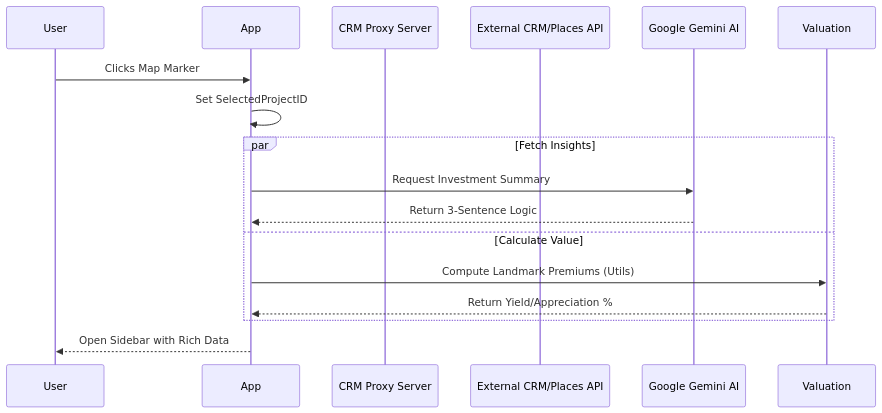
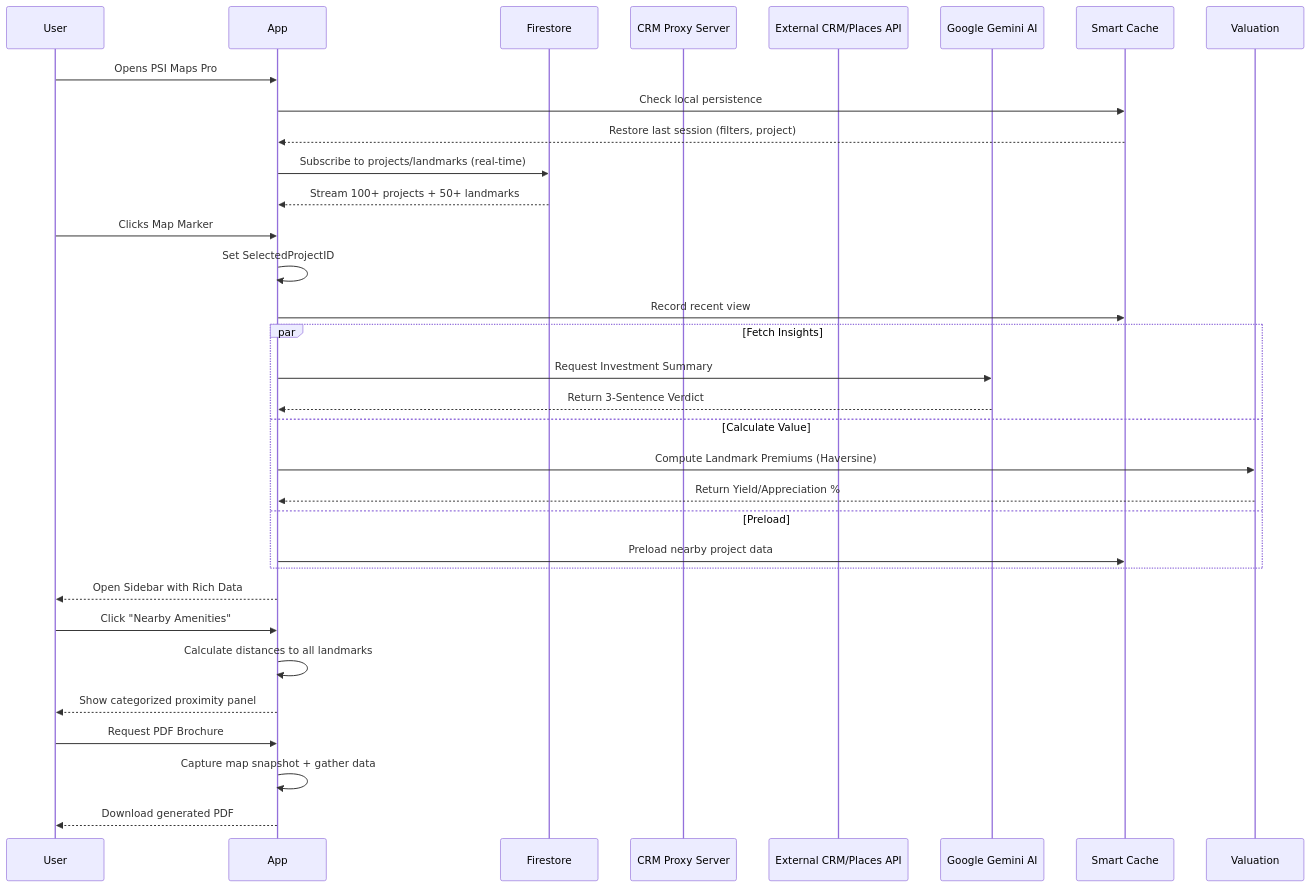
Before and after one commit to PSI-AD/psi-maps: the second of 3 diagrams in PROJECT_MASTER.md, drawn with Mermaid. The commit also changed other lines of this file and 3 other files, not shown here.

````diff
--- a/PROJECT_MASTER.md
+++ b/PROJECT_MASTER.md
@@ -67,19 +102,38 @@
 ```mermaid
 sequenceDiagram
     participant User
     participant App
+    participant Firestore
     participant Proxy as CRM Proxy Server
     participant CRM as External CRM/Places API
     participant Gemini as Google Gemini AI
+    participant Cache as Smart Cache
 
+    User->>App: Opens PSI Maps Pro
+    App->>Cache: Check local persistence
+    Cache-->>App: Restore last session (filters, project)
+    App->>Firestore: Subscribe to projects/landmarks (real-time)
+    Firestore-->>App: Stream 100+ projects + 50+ landmarks
+    
     User->>App: Clicks Map Marker
     App->>App: Set SelectedProjectID
+    App->>Cache: Record recent view
     par Fetch Insights
         App->>Gemini: Request Investment Summary
-        Gemini-->>App: Return 3-Sentence Logic
+        Gemini-->>App: Return 3-Sentence Verdict
     and Calculate Value
-        App->>Valuation: Compute Landmark Premiums (Utils)
+        App->>Valuation: Compute Landmark Premiums (Haversine)
         Valuation-->>App: Return Yield/Appreciation %
+    and Preload
+        App->>Cache: Preload nearby project data
     end
     App-->>User: Open Sidebar with Rich Data
+
+    User->>App: Click "Nearby Amenities"
+    App->>App: Calculate distances to all landmarks
+    App-->>User: Show categorized proximity panel
+
+    User->>App: Request PDF Brochure
+    App->>App: Capture map snapshot + gather data
+    App-->>User: Download generated PDF
 ```
````
